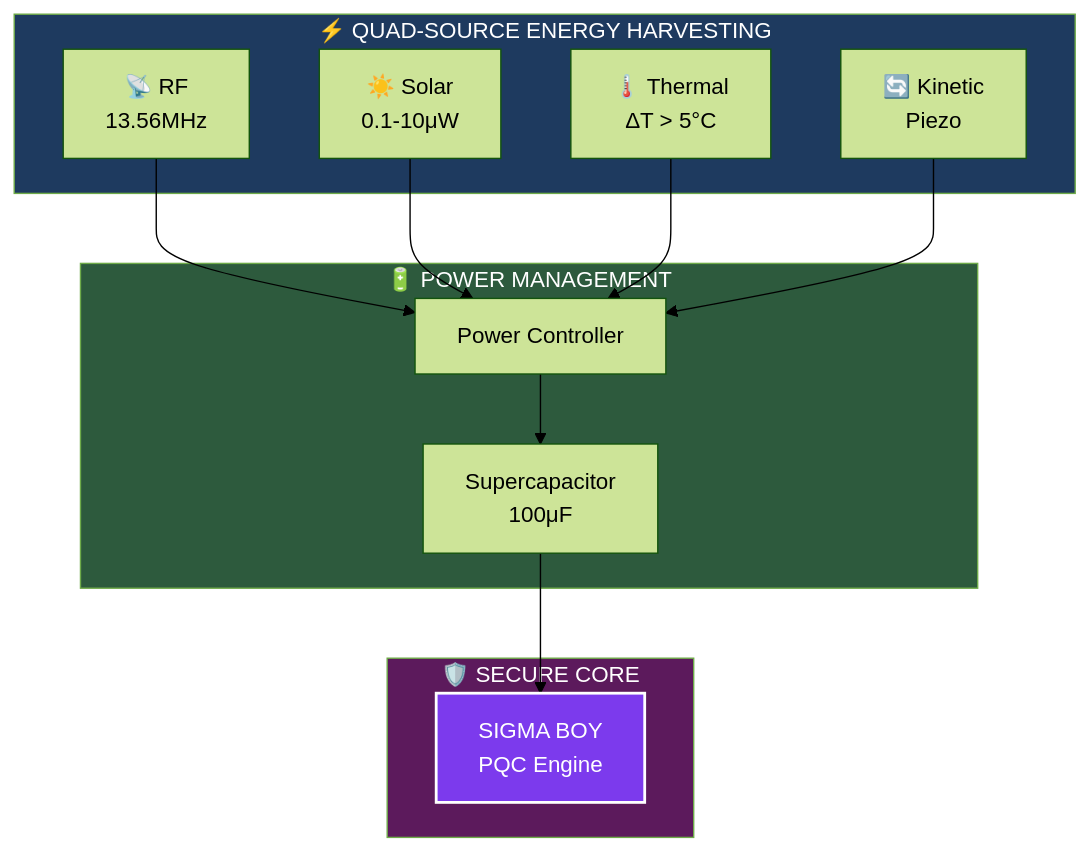
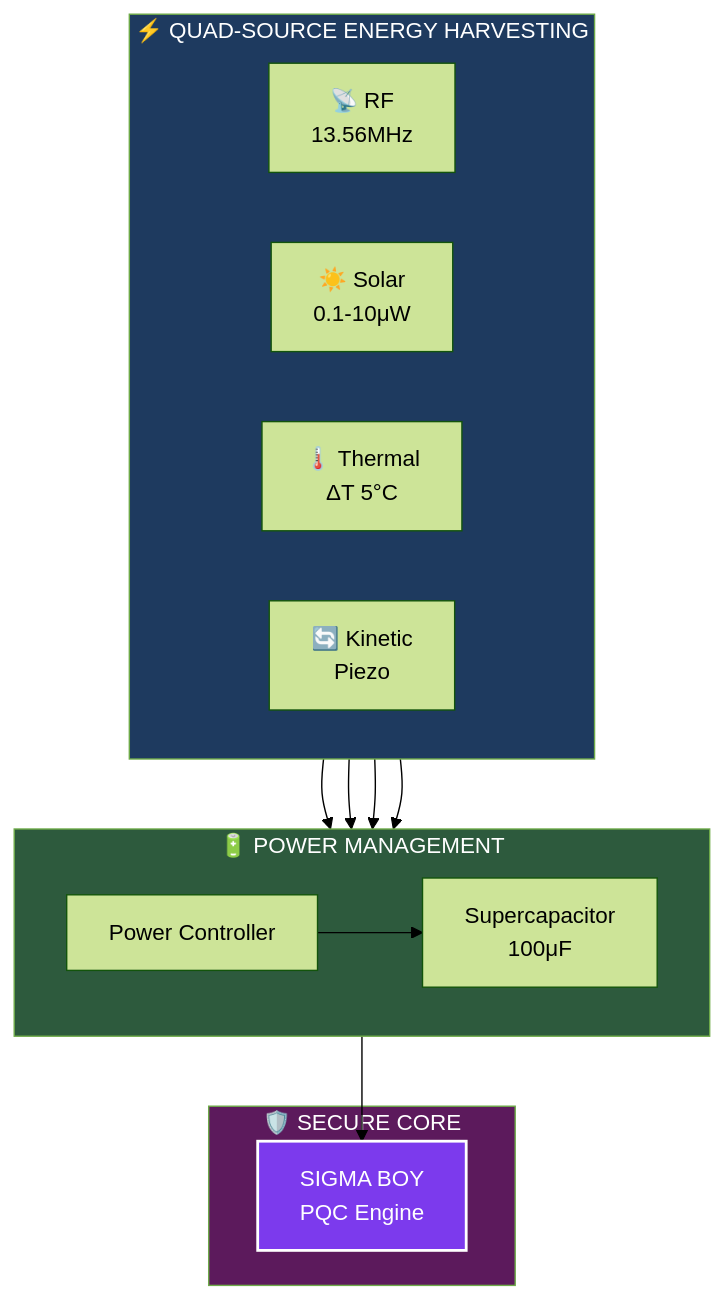
The second of 4 diagrams in docs/hardware/sigma-boy.md (TAG-IT-NETWORK/tagit-docs), drawn with Mermaid (forest theme) before and after one commit.

Commit message:
docs(sigma-boy): fix energy harvesting diagram labels
- Replace \n with <br> for proper line breaks
- Add direction LR for horizontal alignment in subgraphs

🤖 Generated with [Claude Code](https://claude.com/claude-code)

````diff
--- a/docs/hardware/sigma-boy.md
+++ b/docs/hardware/sigma-boy.md
@@ -150,30 +150,32 @@
 ```mermaid
 flowchart TB
     subgraph HARVEST["⚡ QUAD-SOURCE ENERGY HARVESTING"]
-        RF["📡 RF\n13.56MHz"]
-        SOLAR["☀️ Solar\n0.1-10μW"]
-        THERMAL["🌡️ Thermal\nΔT > 5°C"]
-        KINETIC["🔄 Kinetic\nPiezo"]
+        direction LR
+        RF["📡 RF<br>13.56MHz"]
+        SOLAR["☀️ Solar<br>0.1-10μW"]
+        THERMAL["🌡️ Thermal<br>ΔT 5°C"]
+        KINETIC["🔄 Kinetic<br>Piezo"]
     end
 
     subgraph POWER["🔋 POWER MANAGEMENT"]
+        direction LR
         MGMT["Power Controller"]
-        CAP["Supercapacitor\n100μF"]
+        CAP["Supercapacitor<br>100μF"]
     end
 
     subgraph CORE["🛡️ SECURE CORE"]
-        SIGMA["SIGMA BOY\nPQC Engine"]
+        SIGMA["SIGMA BOY<br>PQC Engine"]
     end
 
     RF --> MGMT
     SOLAR --> MGMT
     THERMAL --> MGMT
     KINETIC --> MGMT
     MGMT --> CAP
     CAP --> SIGMA
 
     style HARVEST fill:#1e3a5f,color:#fff
     style POWER fill:#2d5a3d,color:#fff
     style CORE fill:#5c1a5c,color:#fff
     style SIGMA fill:#7c3aed,color:#fff,stroke:#fff,stroke-width:2px
 ```
````
